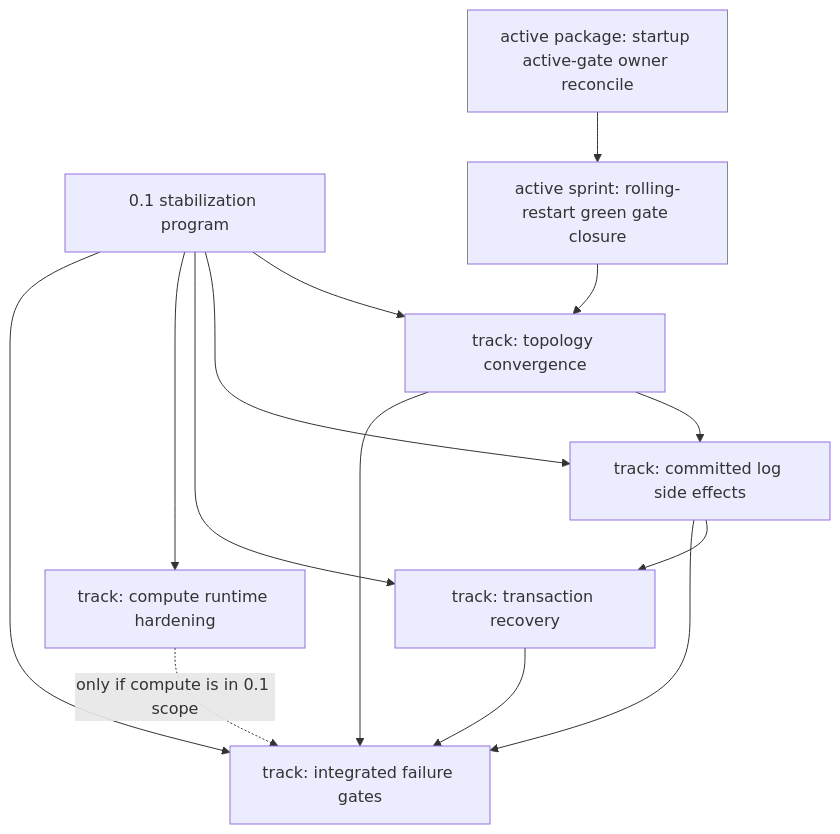
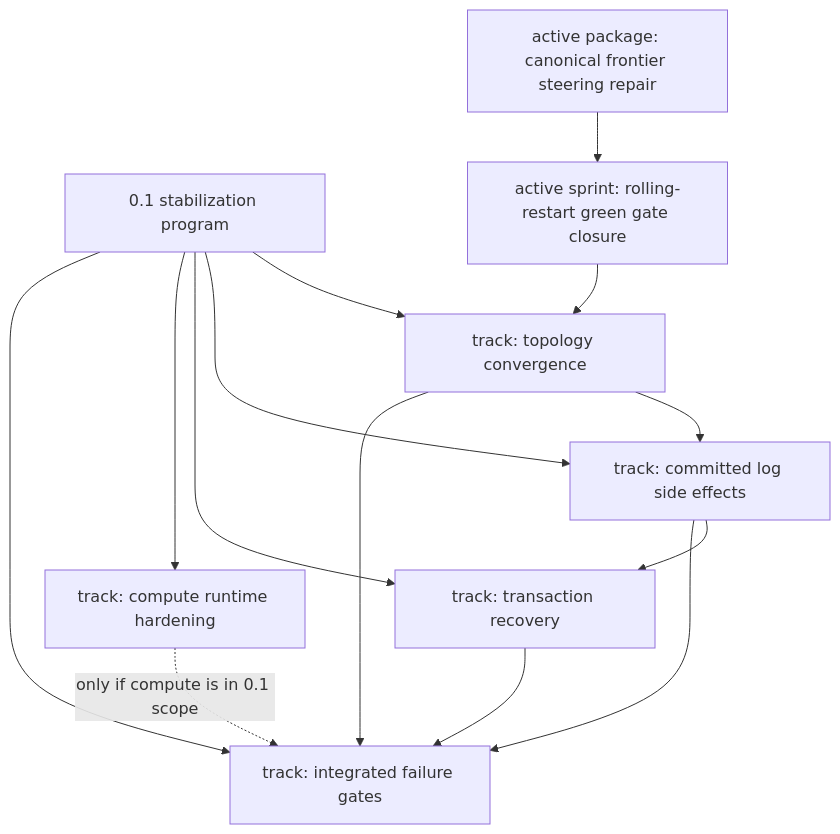
The diagram in work/releases/0.1-dependency-map.md (psvensson/lagrange), drawn with Mermaid before and after one commit. The commit also changed other lines of this file and 7 other files, not shown here.

Commit message:
Repair rolling restart frontier steering

````diff
--- a/work/releases/0.1-dependency-map.md
+++ b/work/releases/0.1-dependency-map.md
@@ -36,27 +36,27 @@
 ```mermaid
 flowchart TD
   release["0.1 stabilization program"]
   topo["track: topology convergence"]
   sidefx["track: committed log side effects"]
   tx["track: transaction recovery"]
   compute["track: compute runtime hardening"]
   gates["track: integrated failure gates"]
   sprint["active sprint: rolling-restart green gate closure"]
-  package["active package: startup active-gate owner reconcile"]
+  package["active package: canonical frontier steering repair"]
 
   release --> topo
   release --> sidefx
   release --> tx
   release --> compute
   release --> gates
 
   sprint --> topo
   package --> sprint
 
   topo --> sidefx
   sidefx --> tx
   topo --> gates
   sidefx --> gates
   tx --> gates
   compute -. "only if compute is in 0.1 scope" .-> gates
 ```
````
